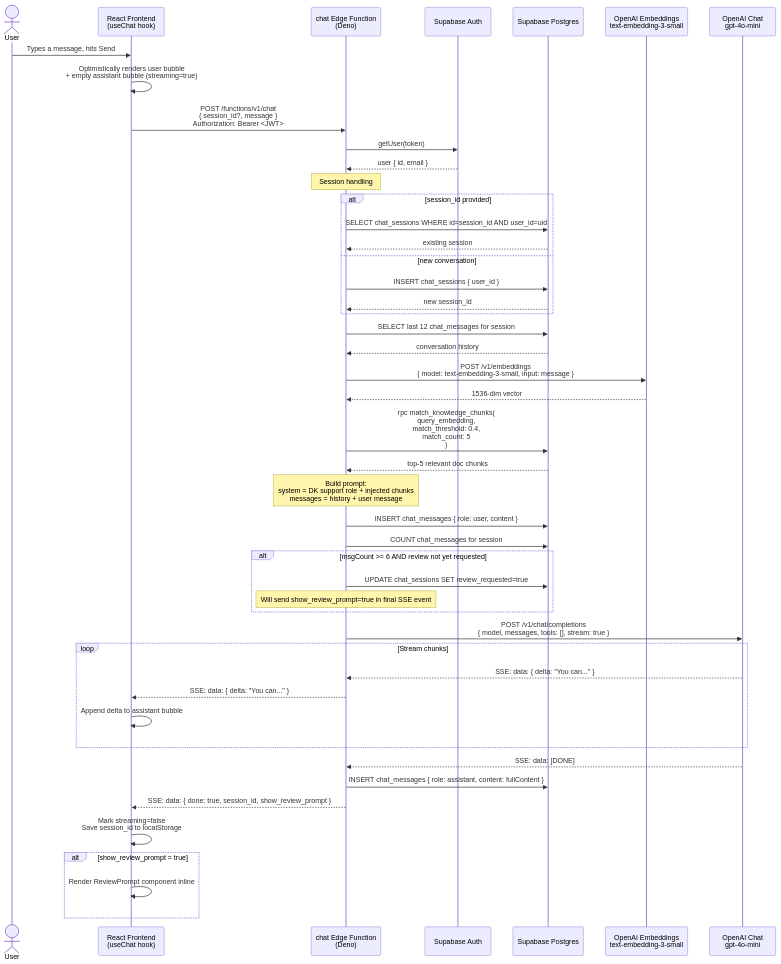
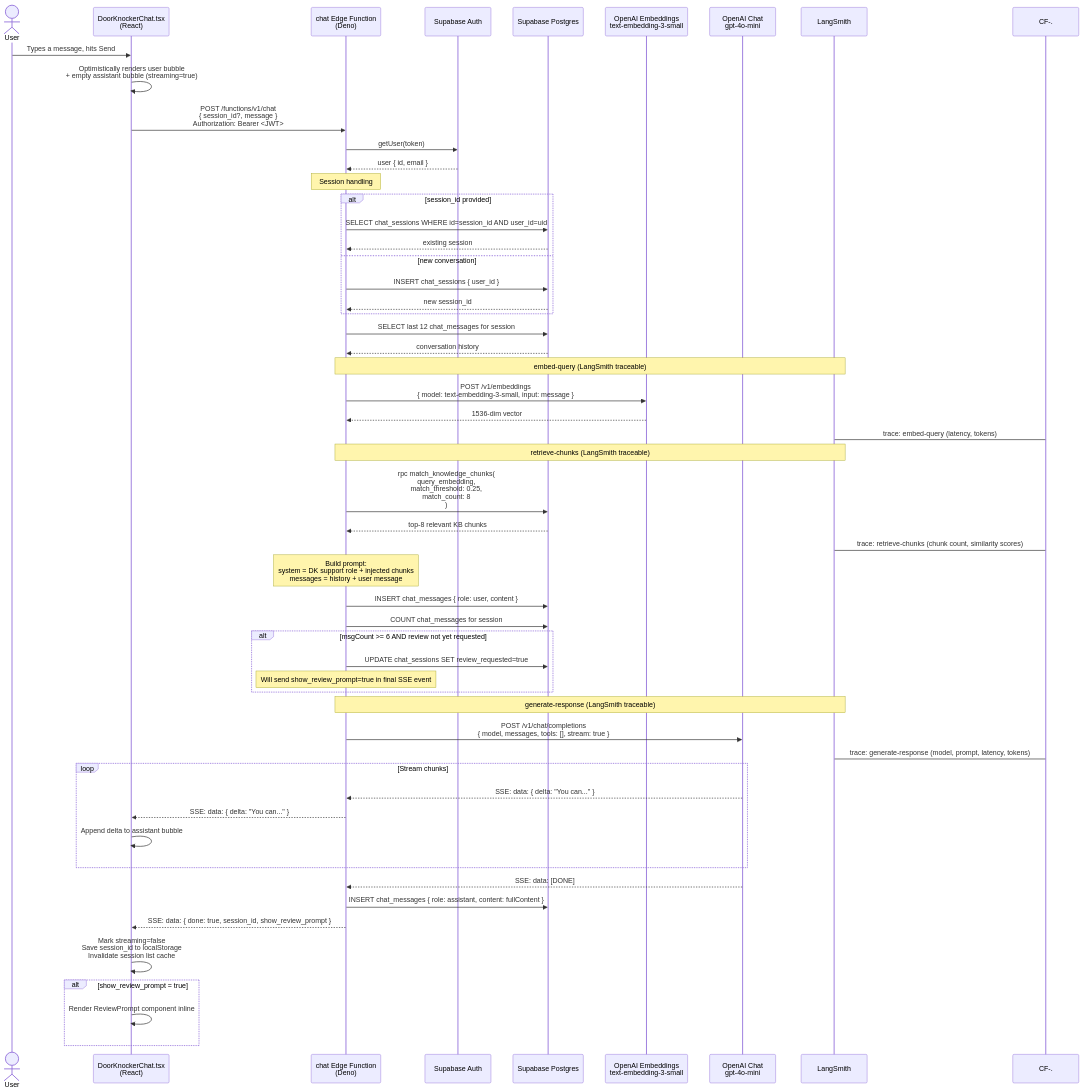
Before and after one commit to junaidadlerone/DK-backend-development: the third of 11 diagrams in docs/CHATBOT_ARCHITECTURE.md, drawn with Mermaid. The commit also changed other lines of this file and 9 other files, not shown here.

````diff
--- a/docs/CHATBOT_ARCHITECTURE.md
+++ b/docs/CHATBOT_ARCHITECTURE.md
@@ -156,61 +172,68 @@
 ```mermaid
 sequenceDiagram
     actor User
-    participant FE as React Frontend<br/>(useChat hook)
+    participant FE as DoorKnockerChat.tsx<br/>(React)
     participant CF as chat Edge Function<br/>(Deno)
     participant Auth as Supabase Auth
     participant DB as Supabase Postgres
     participant EMB as OpenAI Embeddings<br/>text-embedding-3-small
     participant GPT as OpenAI Chat<br/>gpt-4o-mini
+    participant LS as LangSmith
 
     User->>FE: Types a message, hits Send
     FE->>FE: Optimistically renders user bubble<br/>+ empty assistant bubble (streaming=true)
     FE->>CF: POST /functions/v1/chat<br/>{ session_id?, message }<br/>Authorization: Bearer <JWT>
 
     CF->>Auth: getUser(token)
     Auth-->>CF: user { id, email }
 
     Note over CF: Session handling
     alt session_id provided
         CF->>DB: SELECT chat_sessions WHERE id=session_id AND user_id=uid
         DB-->>CF: existing session
     else new conversation
         CF->>DB: INSERT chat_sessions { user_id }
         DB-->>CF: new session_id
     end
 
     CF->>DB: SELECT last 12 chat_messages for session
     DB-->>CF: conversation history
 
+    Note over CF,LS: embed-query (LangSmith traceable)
     CF->>EMB: POST /v1/embeddings<br/>{ model: text-embedding-3-small, input: message }
     EMB-->>CF: 1536-dim vector
+    CF-.->LS: trace: embed-query (latency, tokens)
 
-    CF->>DB: rpc match_knowledge_chunks(<br/>  query_embedding,<br/>  match_threshold: 0.4,<br/>  match_count: 5<br/>)
-    DB-->>CF: top-5 relevant doc chunks
+    Note over CF,LS: retrieve-chunks (LangSmith traceable)
+    CF->>DB: rpc match_knowledge_chunks(<br/>  query_embedding,<br/>  match_threshold: 0.25,<br/>  match_count: 8<br/>)
+    DB-->>CF: top-8 relevant KB chunks
+    CF-.->LS: trace: retrieve-chunks (chunk count, similarity scores)
 
     Note over CF: Build prompt:<br/>system = DK support role + injected chunks<br/>messages = history + user message
 
     CF->>DB: INSERT chat_messages { role: user, content }
     CF->>DB: COUNT chat_messages for session
     alt msgCount >= 6 AND review not yet requested
         CF->>DB: UPDATE chat_sessions SET review_requested=true
         Note over CF: Will send show_review_prompt=true in final SSE event
     end
 
+    Note over CF,LS: generate-response (LangSmith traceable)
     CF->>GPT: POST /v1/chat/completions<br/>{ model, messages, tools: [], stream: true }
+    CF-.->LS: trace: generate-response (model, prompt, latency, tokens)
 
     loop Stream chunks
         GPT-->>CF: SSE: data: { delta: "You can..." }
         CF-->>FE: SSE: data: { delta: "You can..." }
         FE->>FE: Append delta to assistant bubble
     end
 
     GPT-->>CF: SSE: data: [DONE]
     CF->>DB: INSERT chat_messages { role: assistant, content: fullContent }
     CF-->>FE: SSE: data: { done: true, session_id, show_review_prompt }
 
-    FE->>FE: Mark streaming=false<br/>Save session_id to localStorage
+    FE->>FE: Mark streaming=false<br/>Save session_id to localStorage<br/>Invalidate session list cache
     alt show_review_prompt = true
         FE->>FE: Render ReviewPrompt component inline
     end
 ```
````
